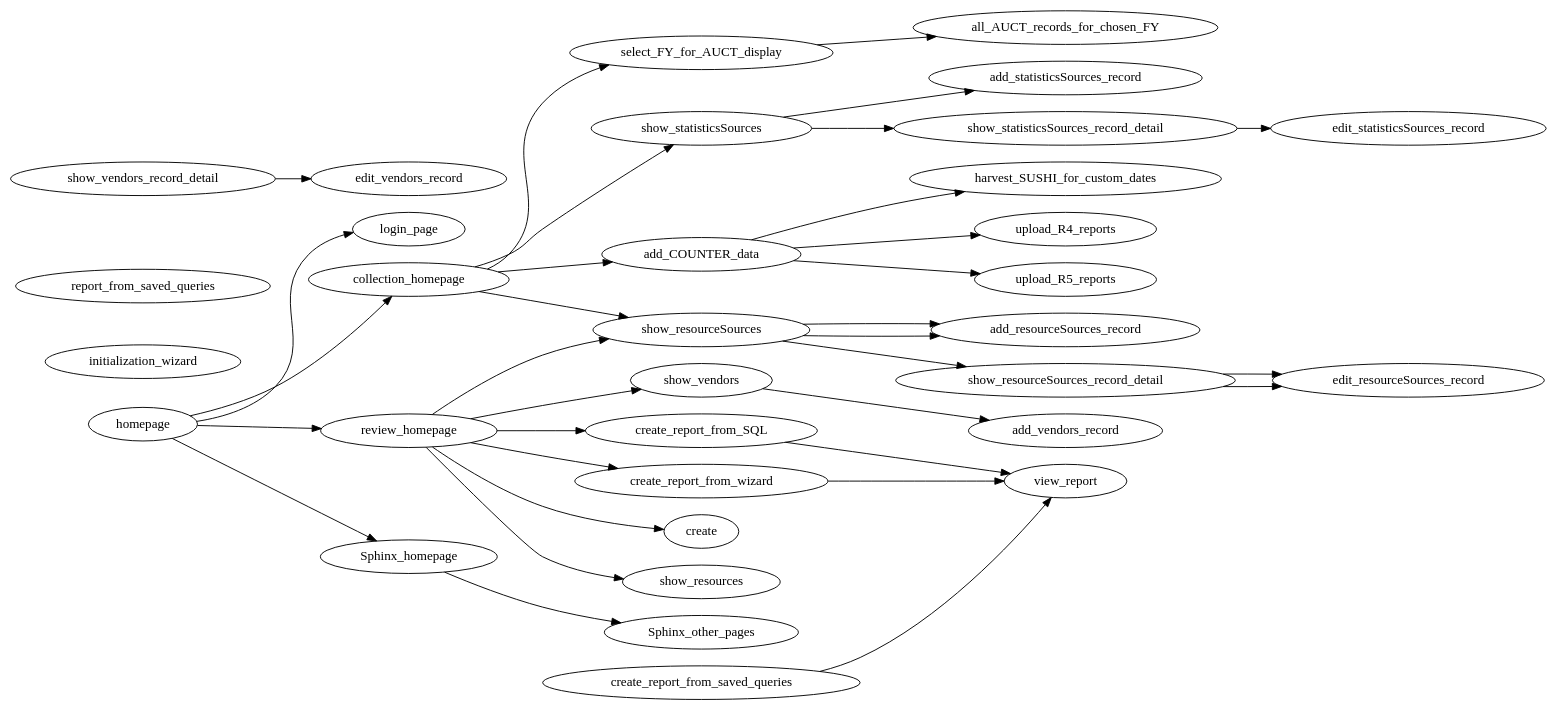
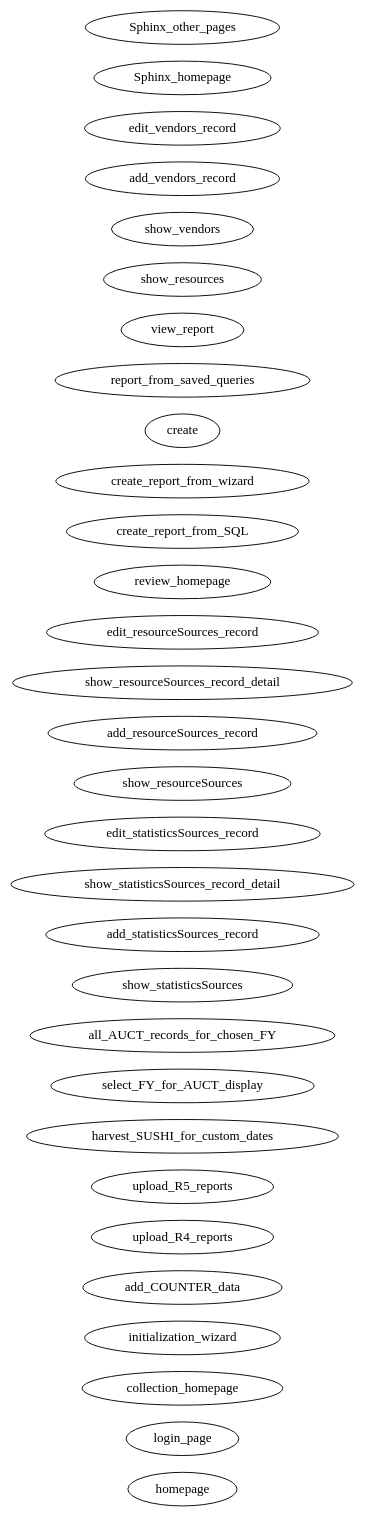
The diagram in docs/source/sitemap.dot (ereiskind/nolcat), drawn with Graphviz before and after one commit.

Commit message:
Indent and hide all flow arrows

```diff
--- a/docs/source/sitemap.dot
+++ b/docs/source/sitemap.dot
@@ -1,99 +1,99 @@
 digraph nolcat_sitemap {
     /* *** NoLCAT SITEMAP *** */
     rankdir=LR
 
 
     /* *** Homepage and Authentication *** */
     // The web app homepage and pages for authentication
     homepage
-    homepage -> login_page
-    homepage -> collection_homepage
-    homepage -> review_homepage
-    homepage -> Sphinx_homepage
+        //homepage -> login_page
+        //homepage -> collection_homepage
+        //homepage -> review_homepage
+        //homepage -> Sphinx_homepage
     
 
     login_page
     // And any other pages needed for authentication
 
 
     /* *** Collecting Usage Statistics *** */
     // Pages for collecting usage statistics
     collection_homepage
-    collection_homepage -> add_COUNTER_data
-    collection_homepage -> select_FY_for_AUCT_display
-    collection_homepage -> show_statisticsSources
-    collection_homepage -> show_resourceSources
+        //collection_homepage -> add_COUNTER_data
+        //collection_homepage -> select_FY_for_AUCT_display
+        //collection_homepage -> show_statisticsSources
+        //collection_homepage -> show_resourceSources
     initialization_wizard
     add_COUNTER_data
-    add_COUNTER_data -> upload_R4_reports
-    add_COUNTER_data -> upload_R5_reports
-    add_COUNTER_data -> harvest_SUSHI_for_custom_dates
+        //add_COUNTER_data -> upload_R4_reports
+        //add_COUNTER_data -> upload_R5_reports
+        //add_COUNTER_data -> harvest_SUSHI_for_custom_dates
 
     // Pages for ingesting COUNTER data
     upload_R4_reports
     upload_R5_reports
     harvest_SUSHI_for_custom_dates
 
     // Pages for organizing usage statistics collection
     select_FY_for_AUCT_display
-    select_FY_for_AUCT_display -> all_AUCT_records_for_chosen_FY
+        //select_FY_for_AUCT_display -> all_AUCT_records_for_chosen_FY
     all_AUCT_records_for_chosen_FY
     
     show_statisticsSources
-    show_statisticsSources -> add_statisticsSources_record
-    show_statisticsSources -> show_statisticsSources_record_detail
+        //show_statisticsSources -> add_statisticsSources_record
+        //show_statisticsSources -> show_statisticsSources_record_detail
     add_statisticsSources_record
     show_statisticsSources_record_detail
-    show_statisticsSources_record_detail -> edit_statisticsSources_record
+        //show_statisticsSources_record_detail -> edit_statisticsSources_record
     edit_statisticsSources_record // Includes adding or editing notes
 
     show_resourceSources
-    show_resourceSources -> add_resourceSources_record
-    show_resourceSources -> show_resourceSources_record_detail
+        //show_resourceSources -> add_resourceSources_record
+        //show_resourceSources -> show_resourceSources_record_detail
     add_resourceSources_record
     show_resourceSources_record_detail
-    show_resourceSources_record_detail -> edit_resourceSources_record
+        //show_resourceSources_record_detail -> edit_resourceSources_record
     edit_resourceSources_record // Includes adding or editing notes
 
 
     /* *** Reviewing Usage Statistics *** */
     // Pages for reviewing usage data
     review_homepage
-    review_homepage -> create_report_from_SQL
-    review_homepage -> create_report_from_wizard
-    review_homepage -> create report_from_saved_queries
-    review_homepage -> show_resourceSources /* DUPLICATED BOX */
-    review_homepage -> show_resources
-    review_homepage -> show_vendors
+        //review_homepage -> create_report_from_SQL
+        //review_homepage -> create_report_from_wizard
+        //review_homepage -> create report_from_saved_queries
+        //review_homepage -> show_resourceSources /* DUPLICATED BOX */
+        //review_homepage -> show_resources
+        //review_homepage -> show_vendors
     
     create_report_from_SQL // Runs a custom SQL statement against the database
     create_report_from_wizard // GUI options are used to write SQL behind the scenes
     create report_from_saved_queries // SQL statements that are either complete or only ask for one input for commonly asked questions
 
-    create_report_from_SQL -> view_report
-    create_report_from_wizard -> view_report
-    create_report_from_saved_queries -> view_report
+        //create_report_from_SQL -> view_report
+        //create_report_from_wizard -> view_report
+        //create_report_from_saved_queries -> view_report
     view_report
 
     show_resources // Meaning the items in the resources table
     
-    show_resourceSources -> add_resourceSources_record
+        //show_resourceSources -> add_resourceSources_record
     add_resourceSources_record
-    show_resourceSources_record_detail -> edit_resourceSources_record
+        //show_resourceSources_record_detail -> edit_resourceSources_record
     edit_resourceSources_record // Includes adding or editing notes
     /* A way to handle adding `statisticsSources` to these `resourcesSources` must be developed */
 
     show_vendors
-    show_vendors -> add_vendors_record
+        //show_vendors -> add_vendors_record
     add_vendors_record
-    show_vendors_record_detail -> edit_vendors_record
+        //show_vendors_record_detail -> edit_vendors_record
     edit_vendors_record // Includes adding or editing notes
 
 
     /* *** Program Documentation *** */
     // The Sphinx documentation for the web app
     Sphinx_homepage
-    Sphinx_homepage -> Sphinx_other_pages
+        //Sphinx_homepage -> Sphinx_other_pages
 
     Sphinx_other_pages // Use Sphinx itself for site organization
 }
```
